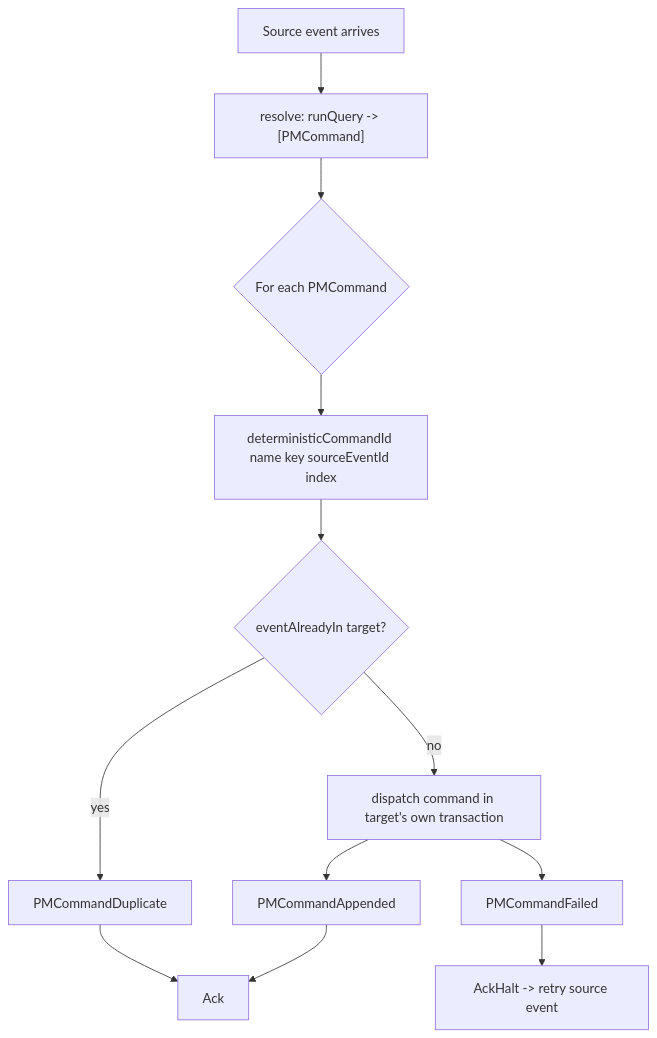
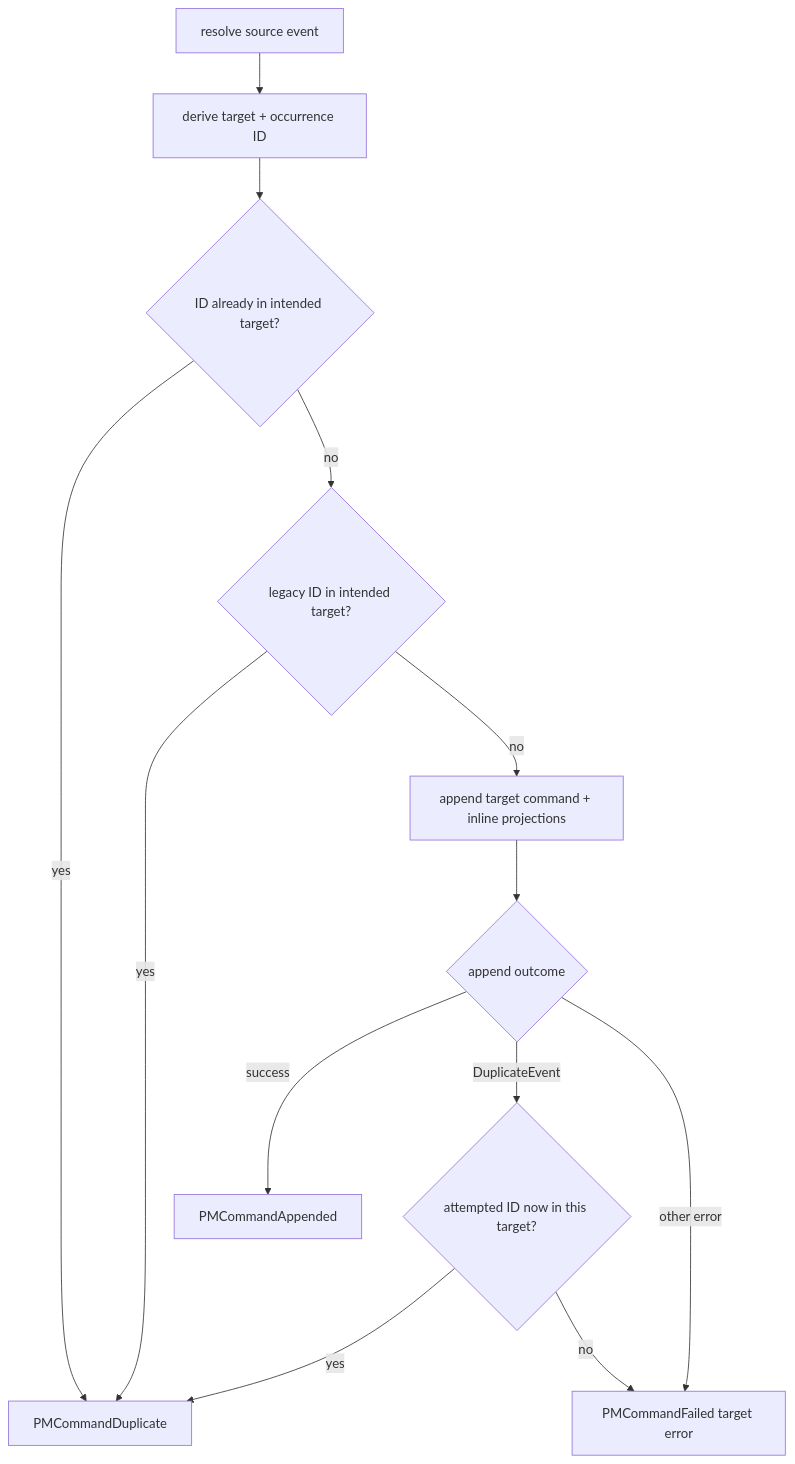
The diagram in content/docs/keiro/explanation/routers-and-content-based-dispatch.mdx (shinzui/keiro-runtime-docs), drawn with Mermaid before and after one commit. The commit also changed other lines of this file and 19 other files, not shown here.

````diff
--- a/content/docs/keiro/explanation/routers-and-content-based-dispatch.mdx
+++ b/content/docs/keiro/explanation/routers-and-content-based-dispatch.mdx
@@ -103,14 +48,15 @@
 ```mermaid
 flowchart TD
-  E[Source event arrives] --> R["resolve: runQuery -> [PMCommand]"]
-  R --> L{For each PMCommand}
-  L --> D["deterministicCommandId name key sourceEventId index"]
-  D --> C{"eventAlreadyIn target?"}
-  C -- yes --> Dup[PMCommandDuplicate]
-  C -- no --> Run["dispatch command in target's own transaction"]
-  Run --> OK[PMCommandAppended]
-  Run --> Fail[PMCommandFailed]
-  Dup --> Ack
-  OK --> Ack
-  Fail --> Halt["AckHalt -> retry source event"]
+  R["resolve source event"] --> I["derive target + occurrence ID"]
+  I --> C{"ID already in intended target?"}
+  C -- yes --> D["PMCommandDuplicate"]
+  C -- no --> L{"legacy ID in intended target?"}
+  L -- yes --> D
+  L -- no --> A["append target command + inline projections"]
+  A --> O{"append outcome"}
+  O -- success --> P["PMCommandAppended"]
+  O -- DuplicateEvent --> V{"attempted ID now in this target?"}
+  V -- yes --> D
+  V -- no --> F["PMCommandFailed target error"]
+  O -- other error --> F
 ```
````
